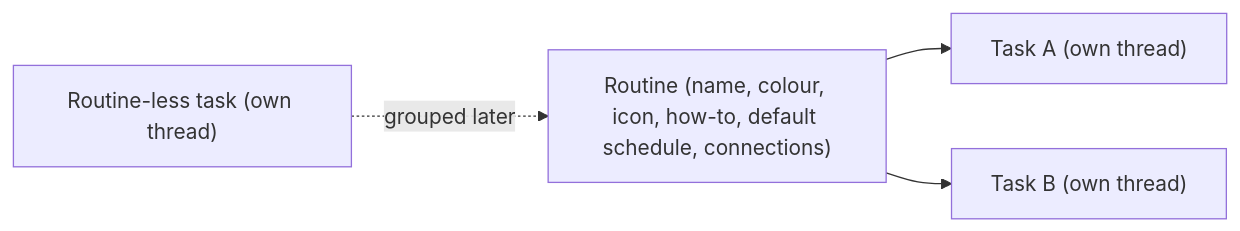
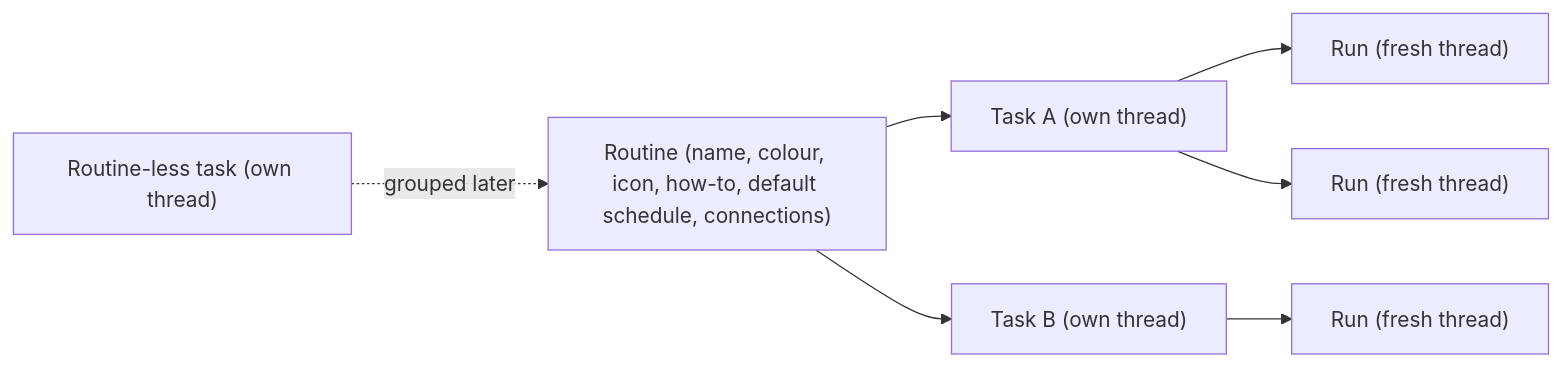
The diagram in docs/ASSISTANT-VIEW.md (pillardash-oss/codeinoven), drawn with Mermaid before and after one commit. The commit also changed other lines of this file and 25 other files, not shown here.

First line of the commit message:
deepseek-v4.1-flash (feat): run every assistant execution on its own fresh thread

````diff
--- a/docs/ASSISTANT-VIEW.md
+++ b/docs/ASSISTANT-VIEW.md
@@ -10,6 +10,9 @@
 ```mermaid
 flowchart LR
   R["Routine (name, colour, icon, how-to, default schedule, connections)"] --> T1["Task A (own thread)"]
   R --> T2["Task B (own thread)"]
+  T1 --> RA["Run (fresh thread)"]
+  T1 --> RB["Run (fresh thread)"]
+  T2 --> RC["Run (fresh thread)"]
   F["Routine-less task (own thread)"] -.->|"grouped later"| R
 ```
````
